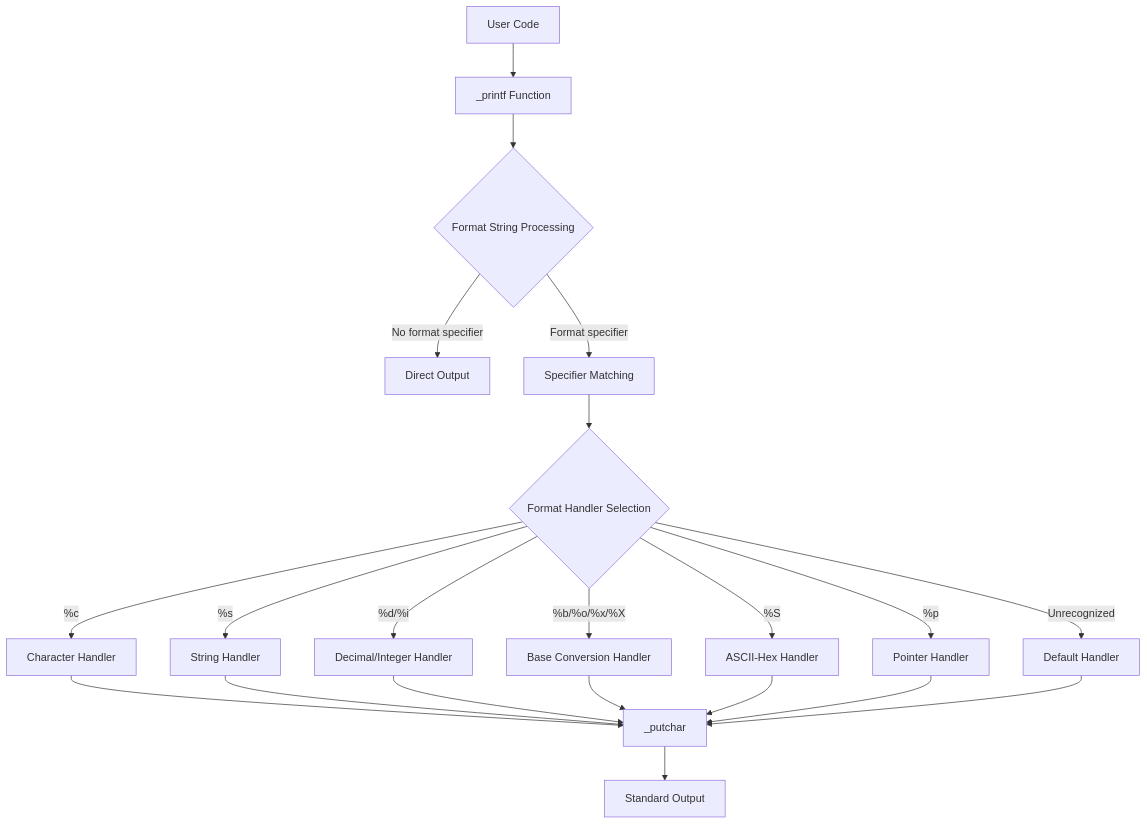
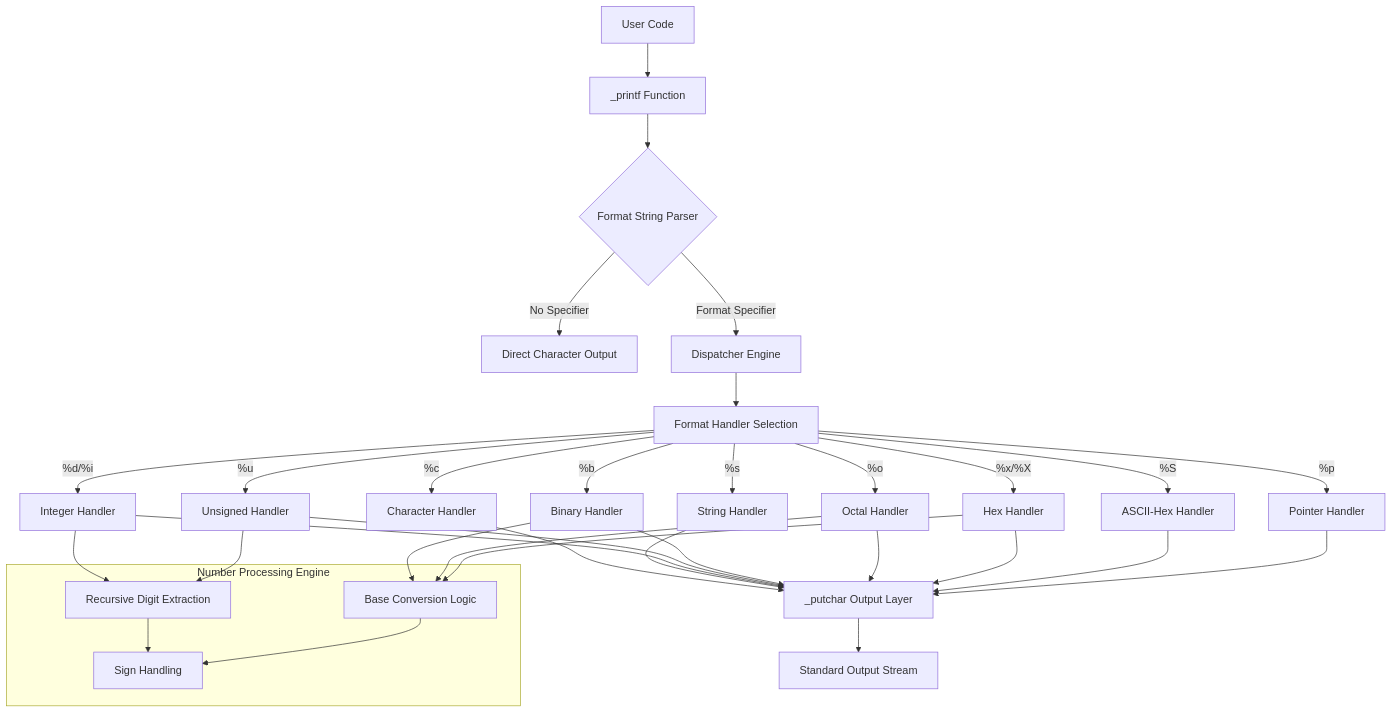
Before and after one commit to yungryce/printf: the first of 4 diagrams in ARCHITECTURE.md, drawn with Mermaid. The commit also changed other lines of this file and 6 other files, not shown here.

````diff
--- a/ARCHITECTURE.md
+++ b/ARCHITECTURE.md
@@ -9,23 +10,46 @@
 ```mermaid
-flowchart TD
+graph TD
     A[User Code] --> B[_printf Function]
-    B --> C{Format String Processing}
-    C -->|No format specifier| D[Direct Output]
-    C -->|Format specifier| E[Specifier Matching]
-    E --> F{Format Handler Selection}
+    B --> C{Format String Parser}
+    C -->|No Specifier| D[Direct Character Output]
+    C -->|Format Specifier| E[Dispatcher Engine]
+    
+    E --> F[Format Handler Selection]
+    
     F -->|%c| G[Character Handler]
-    F -->|%s| H[String Handler]
-    F -->|%d/%i| I[Decimal/Integer Handler]
-    F -->|%b/%o/%x/%X| J[Base Conversion Handler]
-    F -->|%S| K[ASCII-Hex Handler]
-    F -->|%p| L[Pointer Handler]
-    F -->|Unrecognized| M[Default Handler]
-    G --> N[_putchar]
-    H --> N
-    I --> N
-    J --> N
-    K --> N
-    L --> N
-    M --> N
-    N --> O[Standard Output]
+    F -->|%s| H[String Handler] 
+    F -->|%d/%i| I[Integer Handler]
+    F -->|%u| J[Unsigned Handler]
+    F -->|%b| K[Binary Handler]
+    F -->|%o| L[Octal Handler]
+    F -->|%x/%X| M[Hex Handler]
+    F -->|%S| N[ASCII-Hex Handler]
+    F -->|%p| O[Pointer Handler]
+    
+    G --> P[_putchar Output Layer]
+    H --> P
+    I --> P
+    J --> P
+    K --> P
+    L --> P
+    M --> P
+    N --> P
+    O --> P
+    
+    P --> Q[Standard Output Stream]
+    
+    subgraph "Number Processing Engine"
+        R[Recursive Digit Extraction]
+        S[Base Conversion Logic]
+        T[Sign Handling]
+    end
+    
+    I --> R
+    J --> R
+    K --> S
+    L --> S
+    M --> S
+    
+    R --> T
+    S --> T
 ```
````
